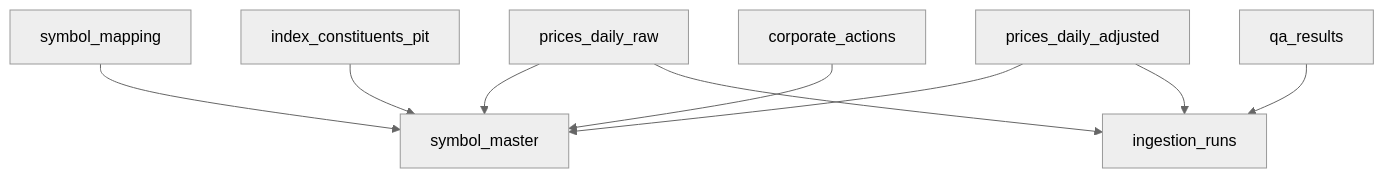
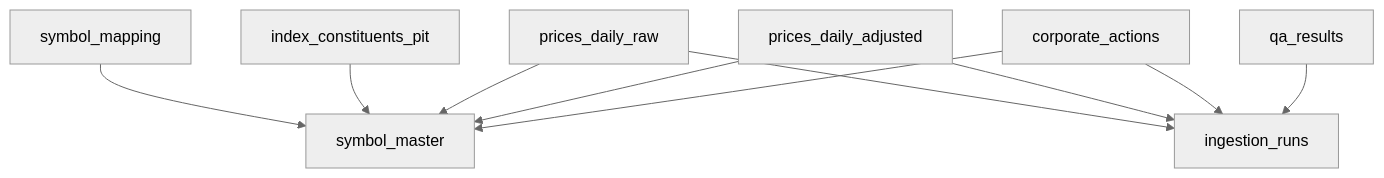
One commit to JozefR/InterReact changed the diagram in ResearchPlatform/docs/data-schema.md. Above: the diagram before and after it, drawn with Mermaid (neutral theme). The commit also changed other lines of this file and 20 other files, not shown here.

````diff
--- a/ResearchPlatform/docs/data-schema.md
+++ b/ResearchPlatform/docs/data-schema.md
@@ -15,21 +18,22 @@
 ```mermaid
 graph TD
   SM["symbol_master"]
   MAP["symbol_mapping"]
   IDX["index_constituents_pit"]
   RAW["prices_daily_raw"]
   ADJ["prices_daily_adjusted"]
   CA["corporate_actions"]
   IR["ingestion_runs"]
   QA["qa_results"]
 
   MAP --> SM
   IDX --> SM
   RAW --> SM
   ADJ --> SM
   CA --> SM
 
   RAW --> IR
   ADJ --> IR
+  CA --> IR
   QA --> IR
 ```
````
